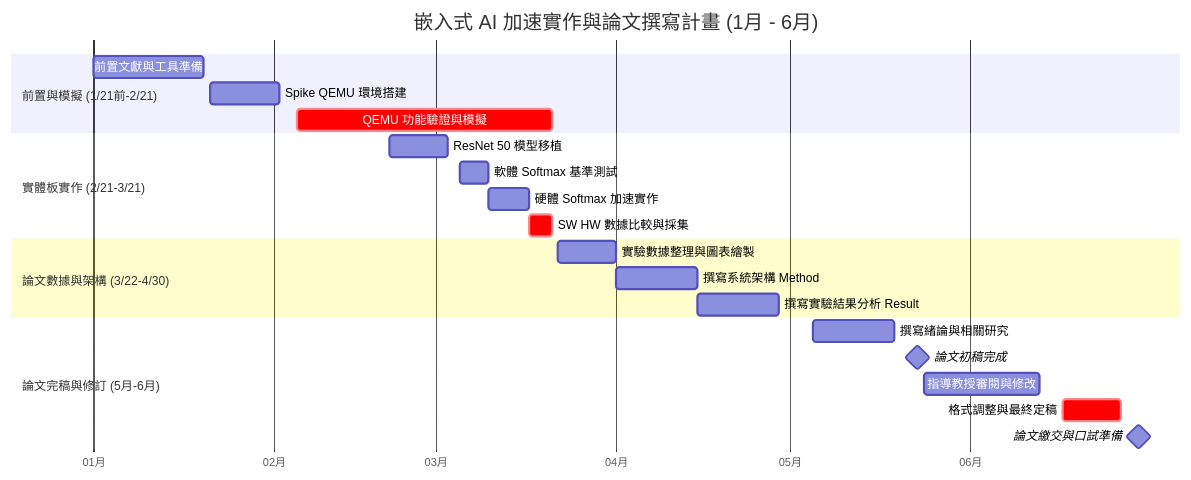
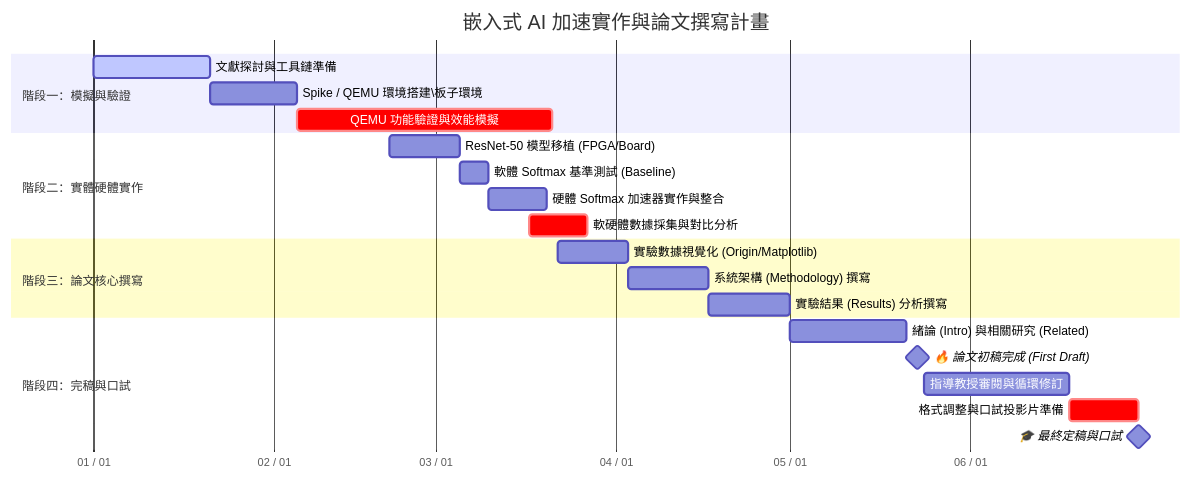
Before and after one commit to weifoe/vitis: the diagram in time.md, drawn with Mermaid.

````diff
--- a/time.md
+++ b/time.md
@@ -7,32 +7,33 @@
 ```mermaid
 gantt
-    title 嵌入式 AI 加速實作與論文撰寫計畫 (1月 - 6月)
+    title 嵌入式 AI 加速實作與論文撰寫計畫
     dateFormat  YYYY-MM-DD
-    axisFormat  %m月
+    axisFormat  %m / %d
+    
+    %% 顏色定義
+    section 階段一：模擬與驗證
+    文獻探討與工具鏈準備           :active, a1, 2026-01-01, 20d
+    Spike / QEMU 環境搭建\板子環境         :a2, 2026-01-21, 15d
+    QEMU 功能驗證與效能模擬        :crit, a3, 2026-02-05, 44d
 
-    section 前置與模擬 (1/21前-2/21)
-    前置文獻與工具準備       :2026-01-01, 2026-01-20
-    Spike QEMU 環境搭建     :2026-01-21, 12d
-    QEMU 功能驗證與模擬      :crit, 2026-02-05, 2026-03-21
+    section 階段二：實體硬體實作
+    ResNet-50 模型移植 (FPGA/Board) :b1, 2026-02-21, 12d
+    軟體 Softmax 基準測試 (Baseline) :b2, 2026-03-05, 5d
+    硬體 Softmax 加速器實作與整合    :b3, 2026-03-10, 10d
+    軟硬體數據採集與對比分析        :crit, b4, 2026-03-17, 10d
 
-    section 實體板實作 (2/21-3/21)
-    ResNet 50 模型移植       :2026-02-21, 10d
-    軟體 Softmax 基準測試    :2026-03-05, 5d
-    硬體 Softmax 加速實作    :2026-03-10, 7d
-    SW HW 數據比較與採集     :crit, 2026-03-17, 2026-03-21
+    section 階段三：論文核心撰寫
+    實驗數據視覺化 (Origin/Matplotlib) :c1, 2026-03-22, 12d
+    系統架構 (Methodology) 撰寫      :c2, 2026-04-03, 14d
+    實驗結果 (Results) 分析撰寫      :c3, 2026-04-17, 14d
 
-    section 論文數據與架構 (3/22-4/30)
-    實驗數據整理與圖表繪製   :p1, 2026-03-22, 10d
-    撰寫系統架構 Method      :p2, after p1, 14d
-    撰寫實驗結果分析 Result  :p3, after p2, 14d
-
-    section 論文完稿與修訂 (5月-6月)
-    撰寫緒論與相關研究       :2026-05-05, 14d
-    論文初稿完成             :milestone, 2026-05-23, 0d
-    指導教授審閱與修改       :2026-05-24, 20d
-    格式調整與最終定稿       :crit, 2026-06-17, 10d
-    論文繳交與口試準備       :milestone, 2026-06-30, 0d
+    section 階段四：完稿與口試
+    緒論 (Intro) 與相關研究 (Related)  :d1, 2026-05-01, 20d
+    🔥 論文初稿完成 (First Draft)    :milestone, 2026-05-23, 0d
+    指導教授審閱與循環修訂           :d2, 2026-05-24, 25d
+    格式調整與口試投影片準備         :crit, d3, 2026-06-18, 12d
+    🎓 最終定稿與口試               :milestone, 2026-06-30, 0d
 
 
 
 ```
````
